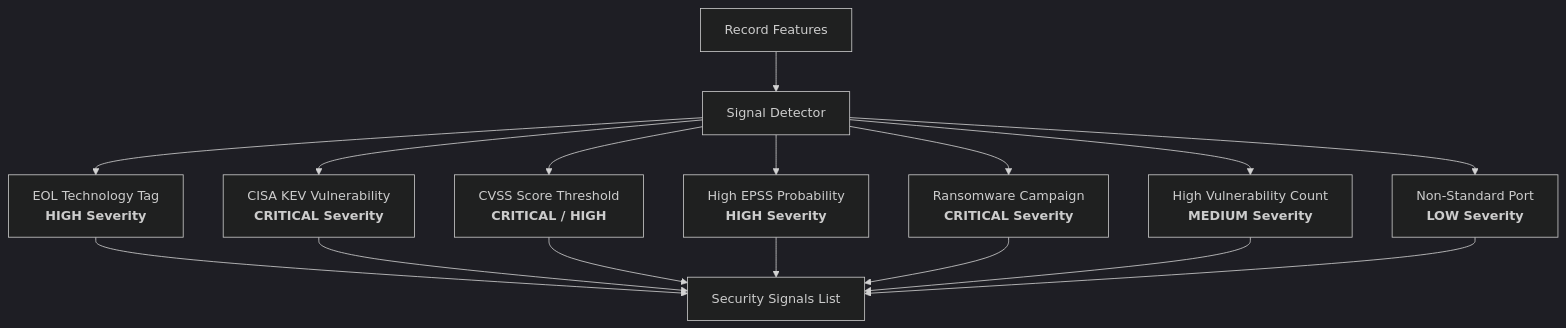
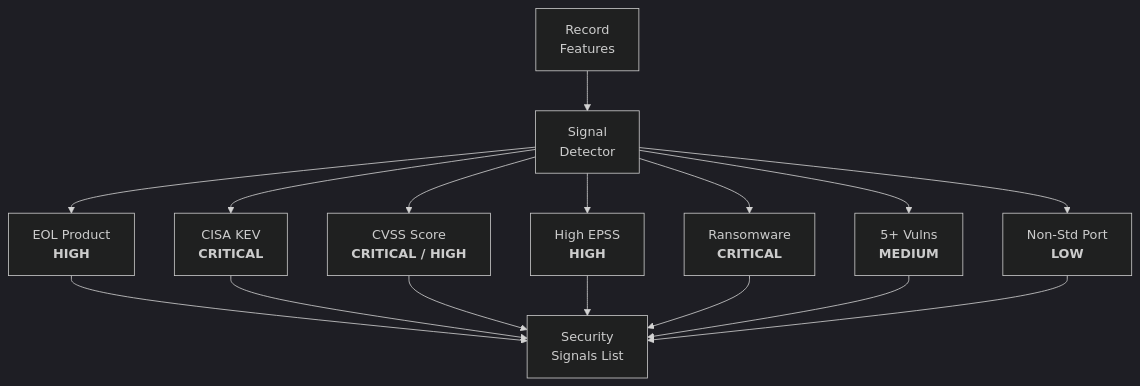
Before and after one commit to dev-anuj007/cyber_intel: the third of 4 diagrams in backend/src/services/aggregator/README.md, drawn with Mermaid (dark theme). The commit also changed other lines of this file, not shown here.

````diff
--- a/backend/src/services/aggregator/README.md
+++ b/backend/src/services/aggregator/README.md
@@ -80,18 +80,18 @@
 ```mermaid
 flowchart TD
-    Feat["Record Features"] --> SigDet["Signal Detector"]
-    SigDet --> Tech["EOL Technology Tag<br/><b>HIGH Severity</b>"]
-    SigDet --> KEV["CISA KEV Vulnerability<br/><b>CRITICAL Severity</b>"]
-    SigDet --> CVSS["CVSS Score Threshold<br/><b>CRITICAL / HIGH</b>"]
-    SigDet --> EPSS["High EPSS Probability<br/><b>HIGH Severity</b>"]
-    SigDet --> Ransom["Ransomware Campaign<br/><b>CRITICAL Severity</b>"]
-    SigDet --> VulnCount["High Vulnerability Count<br/><b>MEDIUM Severity</b>"]
-    SigDet --> Ports["Non-Standard Port<br/><b>LOW Severity</b>"]
-    Tech --> Signals["Security Signals List"]
+    Feat["Record<br/>Features"] --> SigDet["Signal<br/>Detector"]
+    SigDet --> Tech["EOL Product<br/><b>HIGH</b>"]
+    SigDet --> KEV["CISA KEV<br/><b>CRITICAL</b>"]
+    SigDet --> CVSS["CVSS Score<br/><b>CRITICAL / HIGH</b>"]
+    SigDet --> EPSS["High EPSS<br/><b>HIGH</b>"]
+    SigDet --> Ransom["Ransomware<br/><b>CRITICAL</b>"]
+    SigDet --> VulnCount["5+ Vulns<br/><b>MEDIUM</b>"]
+    SigDet --> Ports["Non-Std Port<br/><b>LOW</b>"]
+    Tech --> Signals["Security<br/>Signals List"]
     KEV --> Signals
     CVSS --> Signals
     EPSS --> Signals
     Ransom --> Signals
     VulnCount --> Signals
     Ports --> Signals
 ```
````
